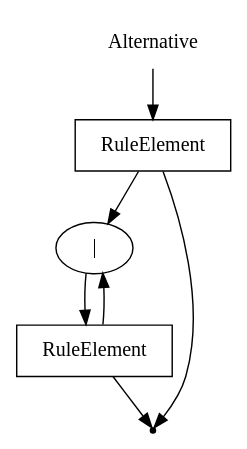
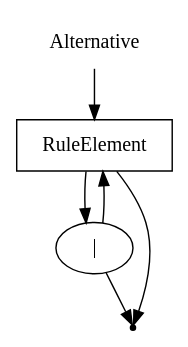
One commit to EgorGoluzin/DSL changed the diagram in DSLTools/examples/rbnf/wirth/Alternative.gv. Above: the diagram before and after it, drawn with Graphviz. The commit also changed 3 other files, not shown here.

```diff
--- a/DSLTools/examples/rbnf/wirth/Alternative.gv
+++ b/DSLTools/examples/rbnf/wirth/Alternative.gv
@@ -1,13 +1,11 @@
 digraph Alternative {
     start [label="Alternative" shape=plaintext];
     A [label="RuleElement" shape=box];
     B [label="|" shape=oval];
-    D [label="RuleElement" shape=box];
     end [label="" shape=point];
     start -> A;
+    A -> B;
     A -> end;
-    A -> B;
-    B -> D;
-    D -> B;
-    D -> end;
+    B -> A;
+    B -> end;
 }
```
